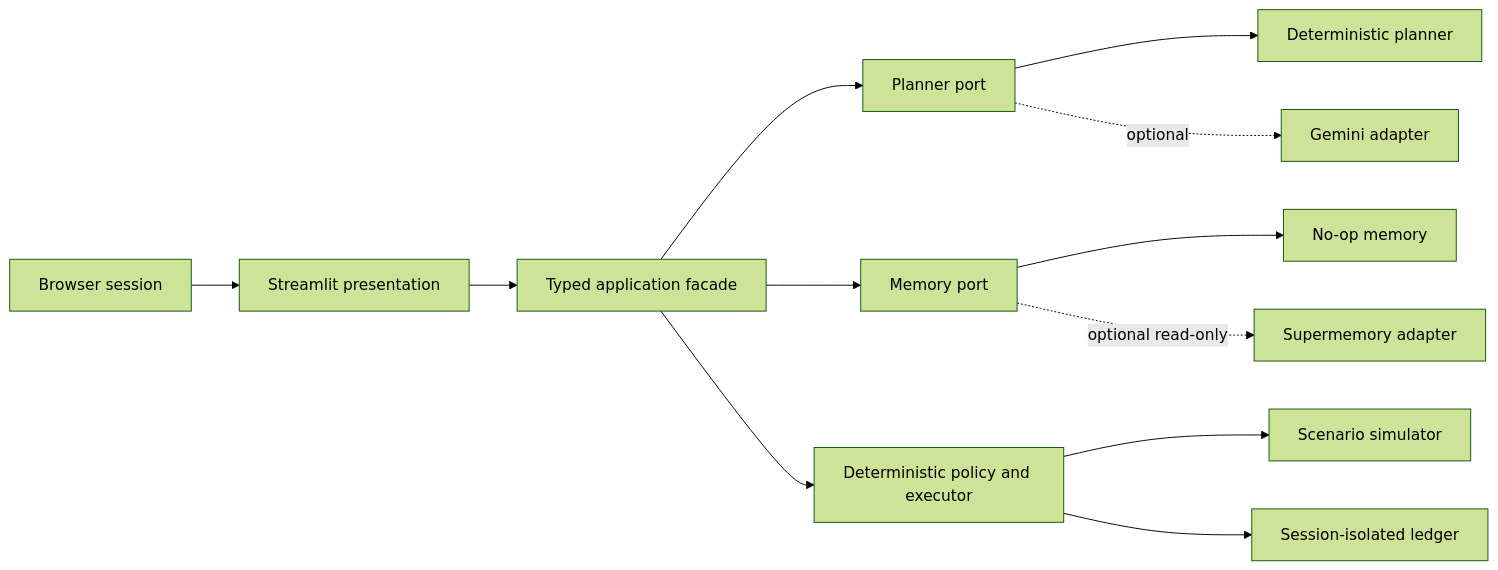
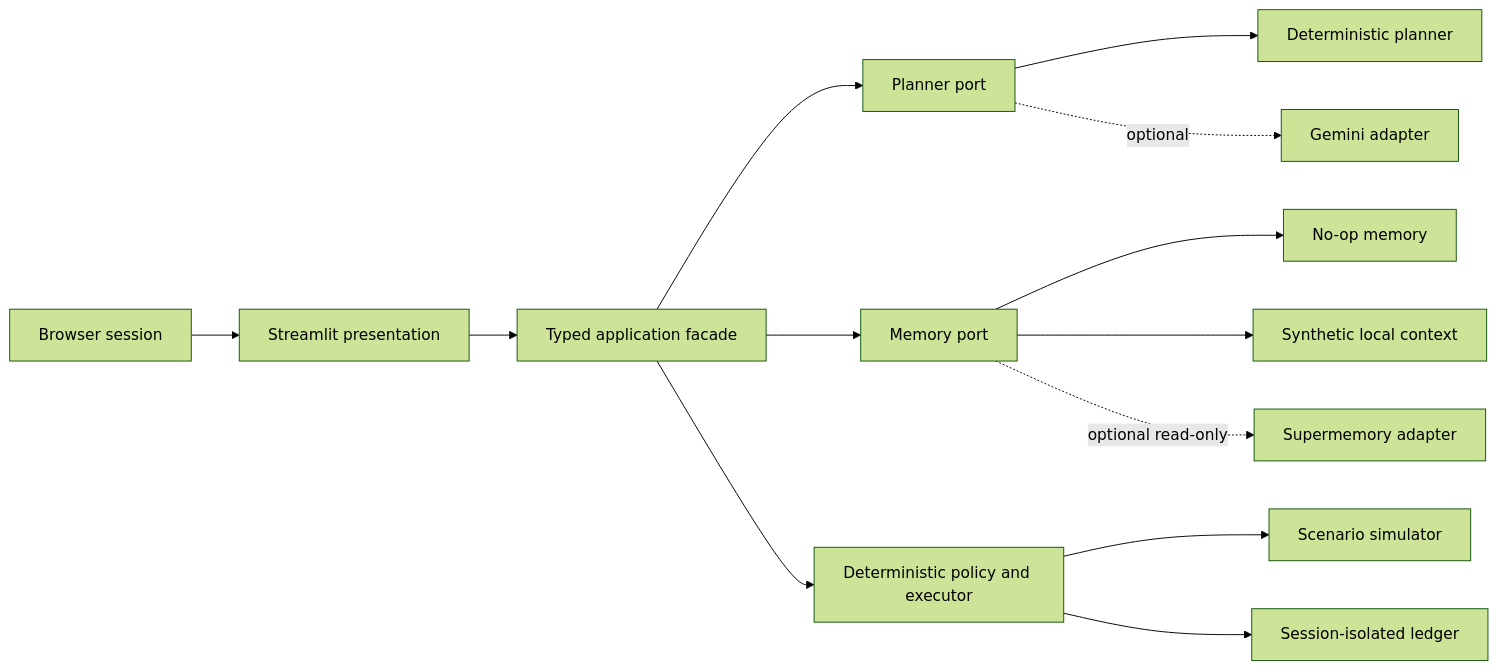
One commit to Vedangalle/handsoff changed the diagram in docs/streamlit-deployment.md. Above: the diagram before and after it, drawn with Mermaid (forest theme). The commit also changed other lines of this file and 9 other files, not shown here.

````diff
--- a/docs/streamlit-deployment.md
+++ b/docs/streamlit-deployment.md
@@ -9,14 +9,15 @@
 ```mermaid
 flowchart LR
     B["Browser session"] --> ST["Streamlit presentation"]
     ST --> AF["Typed application facade"]
     AF --> MP["Planner port"]
     AF --> MM["Memory port"]
     MP --> DP["Deterministic planner"]
     MP -. "optional" .-> GM["Gemini adapter"]
     MM --> NM["No-op memory"]
+    MM --> SY["Synthetic local context"]
     MM -. "optional read-only" .-> SM["Supermemory adapter"]
     AF --> PK["Deterministic policy and executor"]
     PK --> SIM["Scenario simulator"]
     PK --> LED["Session-isolated ledger"]
 ```
````
